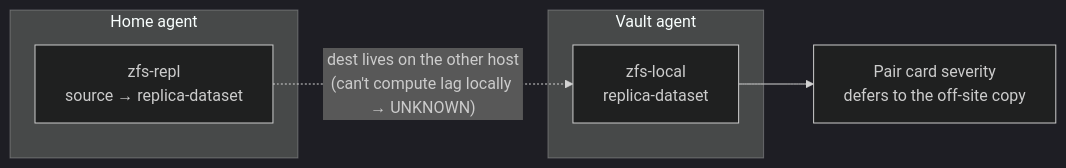
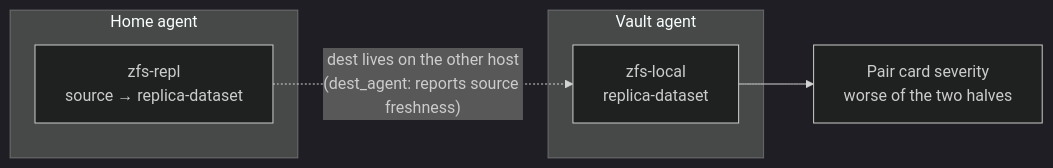
One commit to jmichelsen/cairn changed the third of 3 diagrams in docs/architecture.md. Above: the diagram before and after it, drawn with Mermaid (dark theme). The commit also changed other lines of this file and 11 other files, not shown here.

````diff
--- a/docs/architecture.md
+++ b/docs/architecture.md
@@ -170,11 +170,11 @@
 ```mermaid
 flowchart LR
   subgraph home["Home agent"]
     r["zfs-repl<br/>source → replica-dataset"]
   end
   subgraph vault["Vault agent"]
     l["zfs-local<br/>replica-dataset"]
   end
-  r -. "dest lives on the other host<br/>(can't compute lag locally → UNKNOWN)" .-> l
-  l --> pair["Pair card severity<br/>defers to the off-site copy"]
+  r -. "dest lives on the other host<br/>(dest_agent: reports source freshness)" .-> l
+  l --> pair["Pair card severity<br/>worse of the two halves"]
 ```
````
